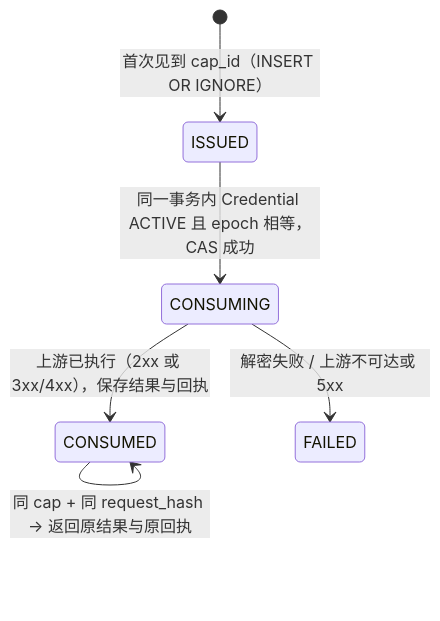
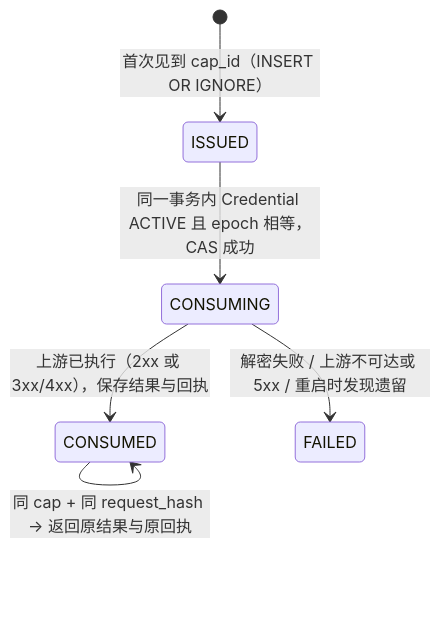
Before and after one commit to zha0y3n/AI-Agent-Password-Security-Control-System: the second of 2 diagrams in credential-broker/docs/architecture.md, drawn with Mermaid. The commit also changed other lines of this file and 13 other files, not shown here.

````diff
--- a/credential-broker/docs/architecture.md
+++ b/credential-broker/docs/architecture.md
@@ -123,8 +123,8 @@
 ```mermaid
 stateDiagram-v2
     [*] --> ISSUED: 首次见到 cap_id（INSERT OR IGNORE）
     ISSUED --> CONSUMING: 同一事务内 Credential ACTIVE 且 epoch 相等，CAS 成功
     CONSUMING --> CONSUMED: 上游已执行（2xx 或 3xx/4xx），保存结果与回执
-    CONSUMING --> FAILED: 解密失败 / 上游不可达或 5xx
+    CONSUMING --> FAILED: 解密失败 / 上游不可达或 5xx / 重启时发现遗留
     CONSUMED --> CONSUMED: 同 cap + 同 request_hash → 返回原结果与原回执
 ```
````
